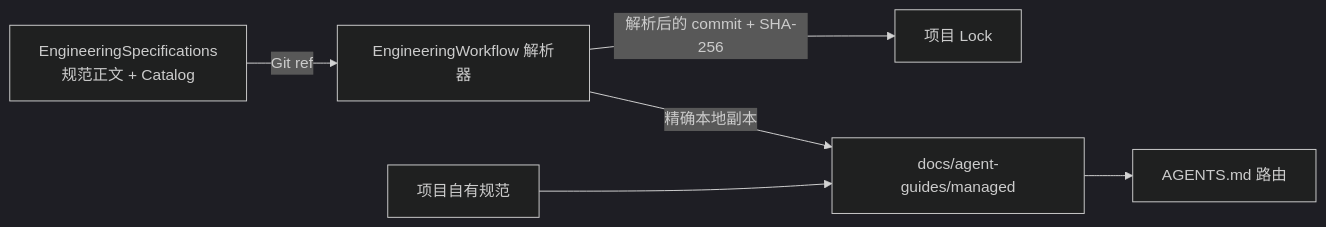
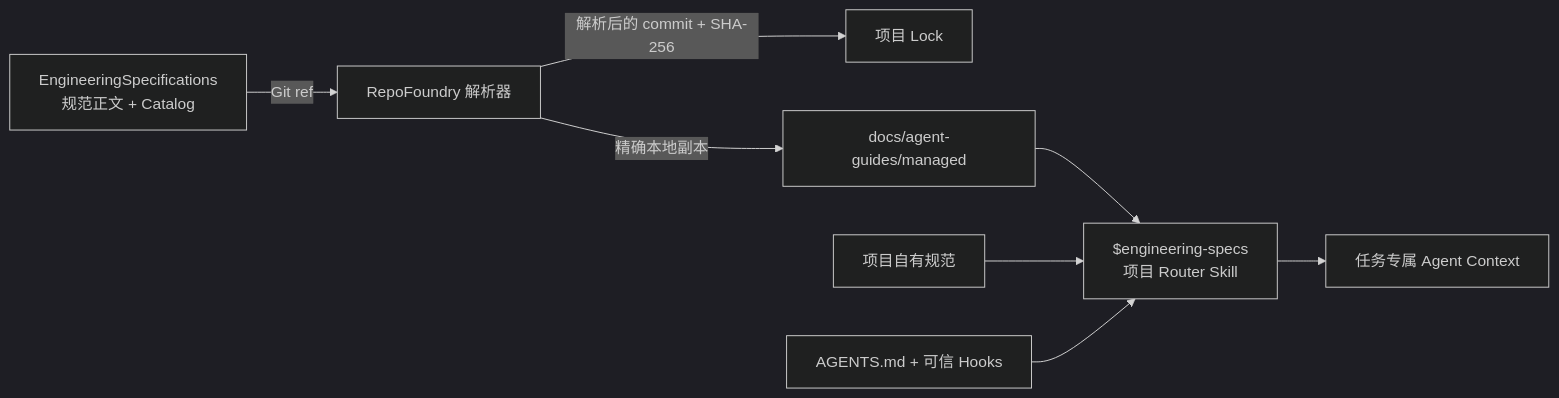
The diagram in README.zh-CN.md (XiaoWeiKIN/EngineeringSpecifications), drawn with Mermaid (dark theme) before and after one commit. The commit also changed other lines of this file and 13 other files, not shown here.

````diff
--- a/README.zh-CN.md
+++ b/README.zh-CN.md
@@ -11,8 +11,10 @@
 ```mermaid
 flowchart LR
-    S["EngineeringSpecifications<br/>规范正文 + Catalog"] -->|"Git ref"| W["EngineeringWorkflow 解析器"]
+    S["EngineeringSpecifications<br/>规范正文 + Catalog"] -->|"Git ref"| W["RepoFoundry 解析器"]
     W -->|"解析后的 commit + SHA-256"| L["项目 Lock"]
     W -->|"精确本地副本"| M["docs/agent-guides/managed"]
-    P["项目自有规范"] --> M
-    M --> A["AGENTS.md 路由"]
+    M --> R["$engineering-specs<br/>项目 Router Skill"]
+    P["项目自有规范"] --> R
+    A["AGENTS.md + 可信 Hooks"] --> R
+    R --> C["任务专属 Agent Context"]
 ```
````
